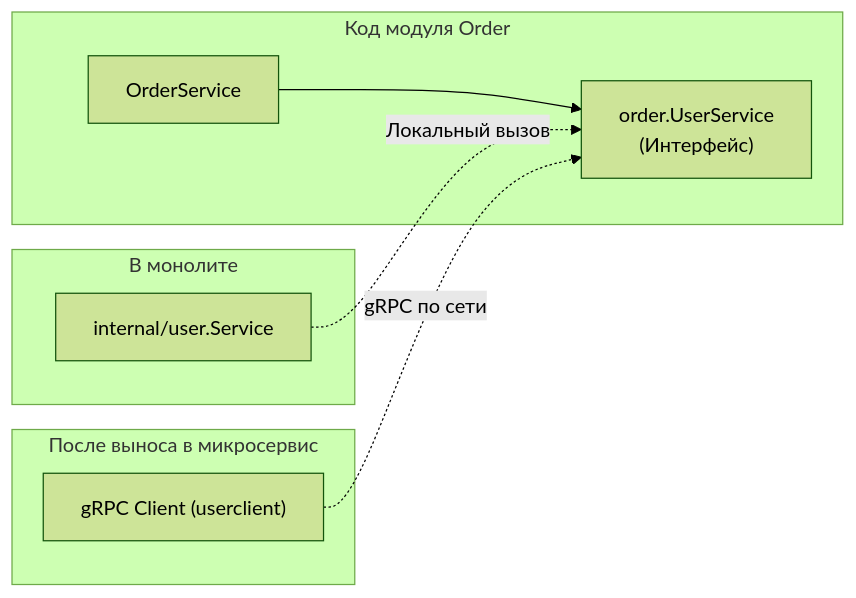
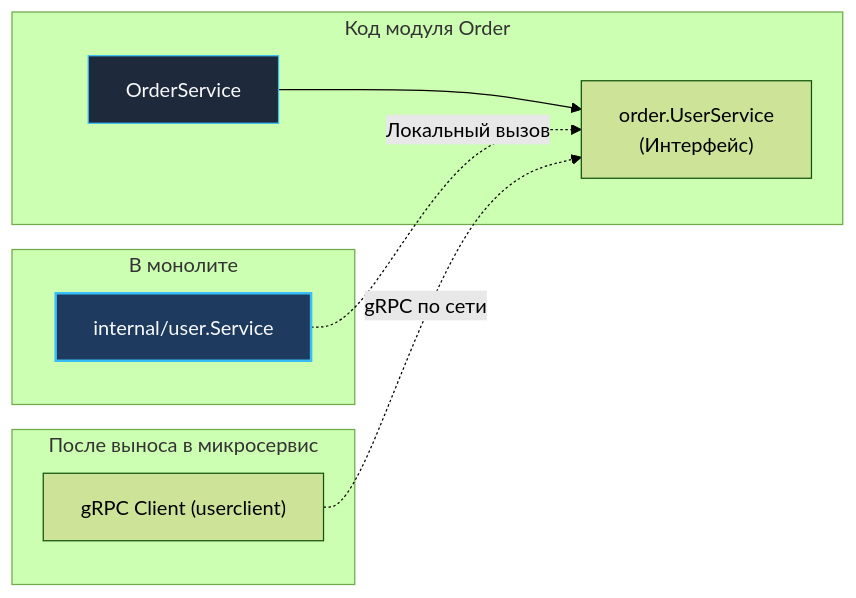
Before and after one commit to UnrealTemplier/go-textbook: the second of 2 diagrams in sources/11. Архитектура и System Design/10. Модульный монолит как компромисс.md, drawn with Mermaid (forest theme). The commit also changed other lines of this file and 1666 other files, not shown here.

First line of the commit message:
feat(mermaid): add semantic color classDef to 1369 colorless flowchart/graph diagrams

````diff
--- a/sources/11. Архитектура и System Design/10. Модульный монолит как компромисс.md
+++ b/sources/11. Архитектура и System Design/10. Модульный монолит как компромисс.md
@@ -280,18 +290,28 @@
 ```mermaid
 flowchart LR
+    classDef process  fill:#1e293b,stroke:#38bdf8,stroke-width:1px,color:#f8fafc
+    classDef success  fill:#064e3b,stroke:#34d399,stroke-width:1px,color:#f8fafc
+    classDef error    fill:#7f1d1d,stroke:#f87171,stroke-width:1px,color:#f8fafc
+    classDef warning  fill:#78350f,stroke:#fbbf24,stroke-width:1px,color:#f8fafc
+    classDef entry    fill:#1e3a5f,stroke:#38bdf8,stroke-width:2px,color:#f8fafc
+    classDef aux      fill:#334155,stroke:#64748b,stroke-width:1px,color:#f8fafc
+    classDef system   fill:#312e81,stroke:#a78bfa,stroke-width:1px,color:#f8fafc
+    classDef data     fill:#132d29,stroke:#2dd4bf,stroke-width:1px,color:#f8fafc
+    classDef network  fill:#881337,stroke:#fb7185,stroke-width:1px,color:#f8fafc
+    classDef accent   fill:#1e1b4b,stroke:#818cf8,stroke-width:1px,color:#f8fafc
     subgraph MonolithCode["Код модуля Order"]
-        OS["OrderService"]
+        OS["OrderService"]:::process
         UI["order.UserService\n(Интерфейс)"]
         OS --> UI
     end
 
     subgraph Before["В монолите"]
-        US["internal/user.Service"]
+        US["internal/user.Service"]:::entry
         US -.->|"Локальный вызов"| UI
     end
 
     subgraph After["После выноса в микросервис"]
         GC["gRPC Client (userclient)"]
         GC -.->|"gRPC по сети"| UI
     end
 ```
````
